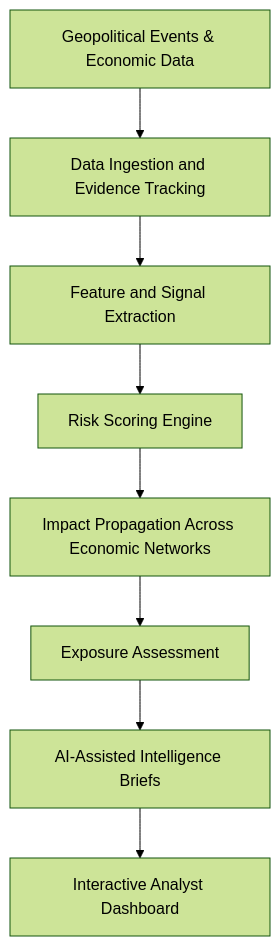
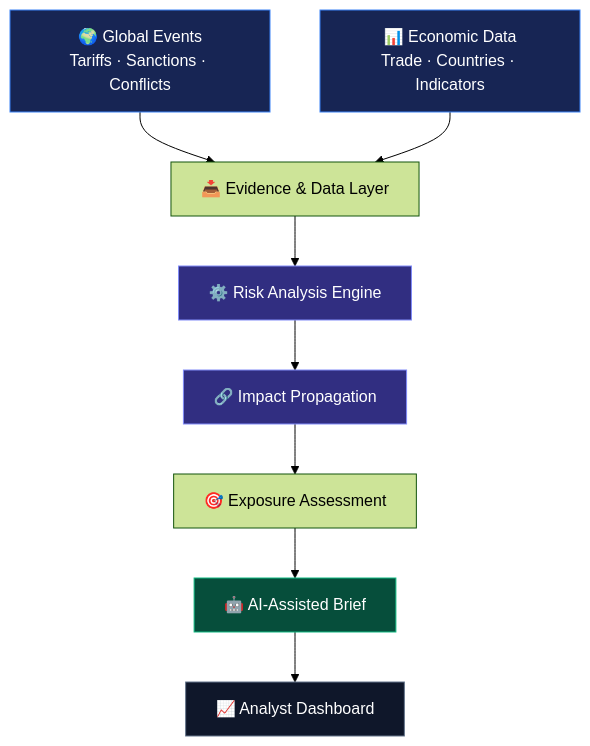
The first of 3 diagrams in README.md (roshnishaik78600-cmd/GLOBAL-MATRIX), drawn with Mermaid (forest theme) before and after one commit. The commit also changed other lines of this file, not shown here.

````diff
--- a/README.md
+++ b/README.md
@@ -21,10 +10,17 @@
-```mermaid id="63720"
+```mermaid
 flowchart TD
-    A[Geopolitical Events & Economic Data] --> B[Data Ingestion and Evidence Tracking]
-    B --> C[Feature and Signal Extraction]
-    C --> D[Risk Scoring Engine]
-    D --> E[Impact Propagation Across Economic Networks]
-    E --> F[Exposure Assessment]
-    F --> G[AI-Assisted Intelligence Briefs]
-    G --> H[Interactive Analyst Dashboard]
+    A["🌍 Global Events<br/>Tariffs · Sanctions · Conflicts"] --> C["📥 Evidence & Data Layer"]
+    B["📊 Economic Data<br/>Trade · Countries · Indicators"] --> C
+    C --> D["⚙️ Risk Analysis Engine"]
+    D --> E["🔗 Impact Propagation"]
+    E --> F["🎯 Exposure Assessment"]
+    F --> G["🤖 AI-Assisted Brief"]
+    G --> H["📈 Analyst Dashboard"]
+
+    style A fill:#172554,color:#fff,stroke:#3b82f6
+    style B fill:#172554,color:#fff,stroke:#3b82f6
+    style D fill:#312e81,color:#fff,stroke:#818cf8
+    style E fill:#312e81,color:#fff,stroke:#818cf8
+    style G fill:#064e3b,color:#fff,stroke:#10b981
+    style H fill:#0f172a,color:#fff,stroke:#64748b
 ```
````
